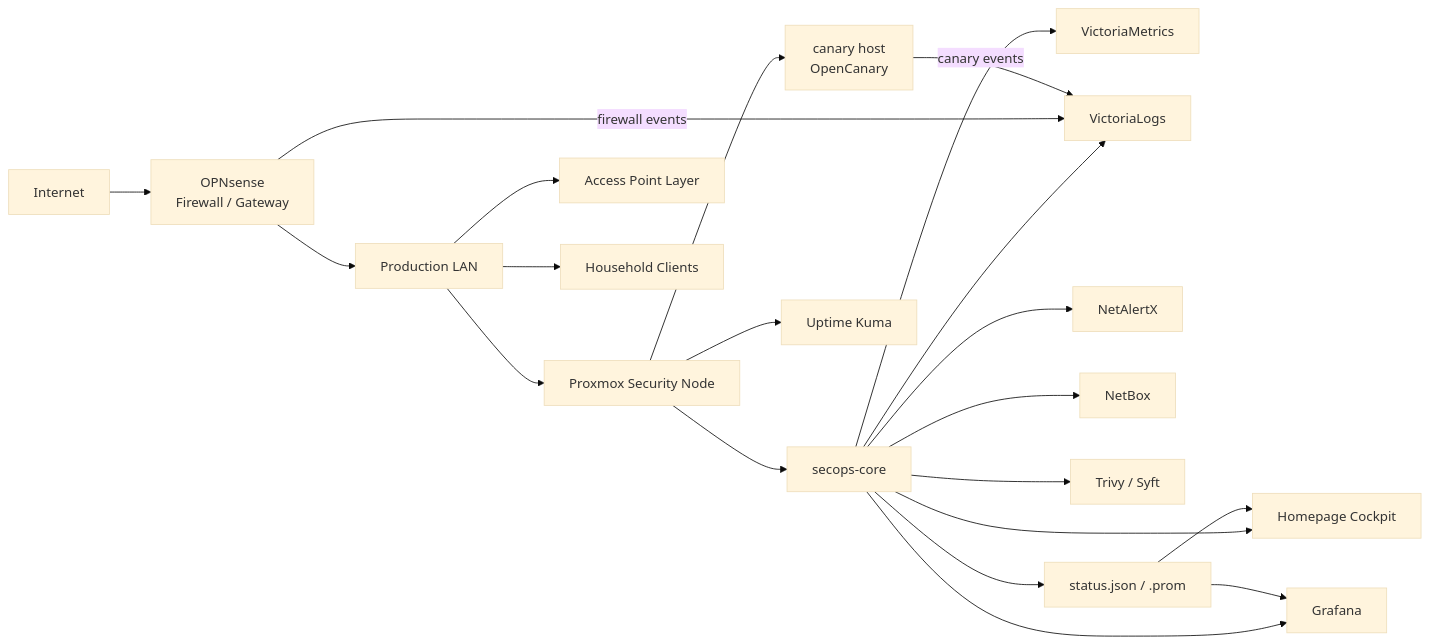
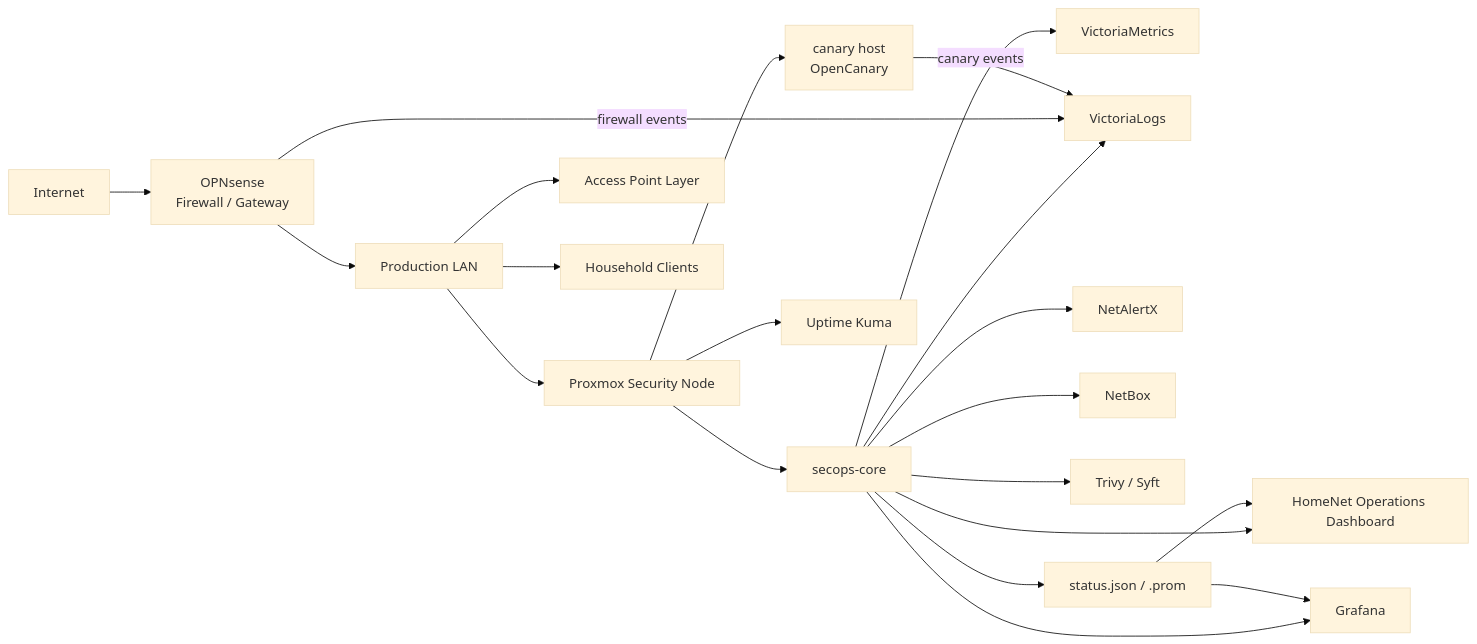
One commit to srkyn/home-network-security changed the diagram in docs/proxmox-security-control-plane.md. Above: the diagram before and after it, drawn with Mermaid (base theme). The commit also changed other lines of this file and 12 other files, not shown here.

Commit message:
Rename cockpit docs to operations dashboard

````diff
--- a/docs/proxmox-security-control-plane.md
+++ b/docs/proxmox-security-control-plane.md
@@ -28,26 +28,26 @@
 ```mermaid
 flowchart LR
     Internet["Internet"] --> OPN["OPNsense<br/>Firewall / Gateway"]
     OPN --> LAN["Production LAN"]
     LAN --> PVE["Proxmox Security Node"]
     LAN --> AP["Access Point Layer"]
     LAN --> Clients["Household Clients"]
 
     PVE --> Core["secops-core"]
     PVE --> Canary["canary host<br/>OpenCanary"]
     PVE --> Kuma["Uptime Kuma"]
 
-    Core --> Cockpit["Homepage Cockpit"]
+    Core --> Dashboard["HomeNet Operations Dashboard"]
     Core --> Grafana["Grafana"]
     Core --> Metrics["VictoriaMetrics"]
     Core --> Logs["VictoriaLogs"]
     Core --> Discovery["NetAlertX"]
     Core --> NetBox["NetBox"]
     Core --> Reports["Trivy / Syft"]
     Core --> Status["status.json / .prom"]
 
     OPN -- "firewall events" --> Logs
     Canary -- "canary events" --> Logs
-    Status --> Cockpit
+    Status --> Dashboard
     Status --> Grafana
 ```
````
